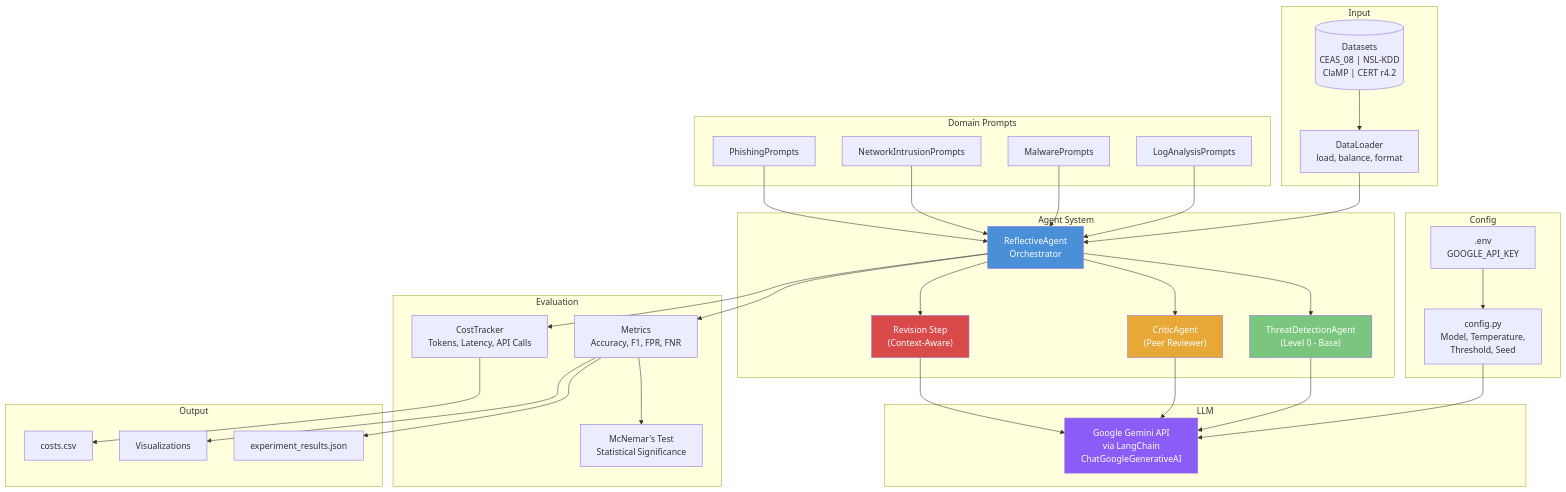
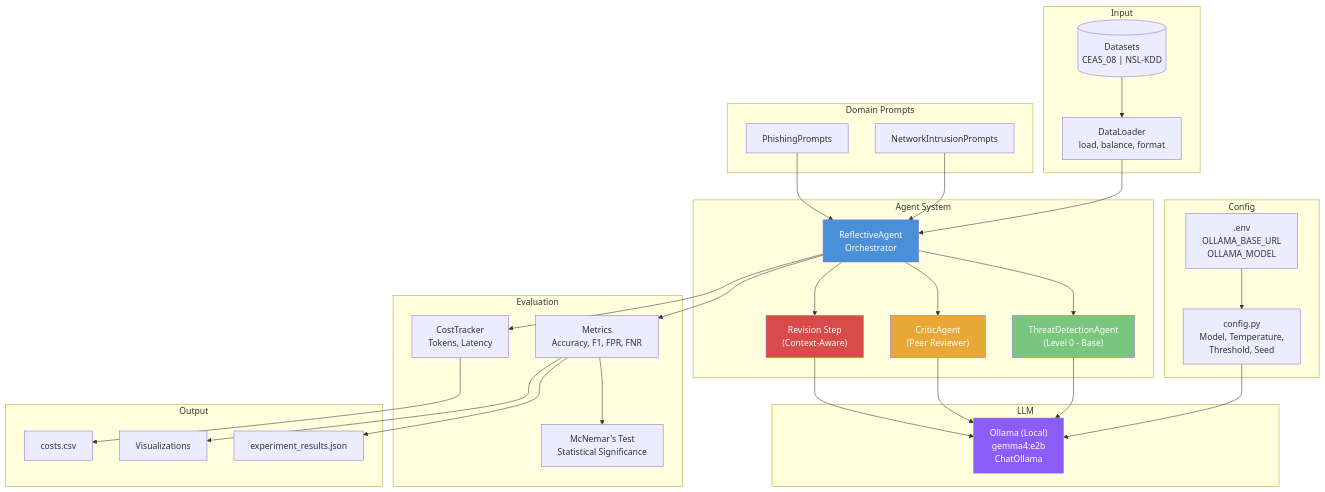
The first of 2 diagrams in README.md (letusnotc/LLM-Self-Reflection---Security-Threats-Experiment), drawn with Mermaid before and after one commit. The commit also changed other lines of this file and 11 other files, not shown here.

Commit message:
Switch project to local Ollama with gemma4:e2b and update README

````diff
--- a/README.md
+++ b/README.md
@@ -131,73 +137,69 @@
 ```mermaid
 graph TB
     subgraph Input
-        DS[("Datasets<br/>CEAS_08 | NSL-KDD<br/>ClaMP | CERT r4.2")]
+        DS[("Datasets<br/>CEAS_08 | NSL-KDD")]
         DL["DataLoader<br/>load, balance, format"]
     end
 
     subgraph Config
         CFG["config.py<br/>Model, Temperature,<br/>Threshold, Seed"]
-        ENV[".env<br/>GOOGLE_API_KEY"]
+        ENV[".env<br/>OLLAMA_BASE_URL<br/>OLLAMA_MODEL"]
     end
 
     subgraph Domain Prompts
         PP["PhishingPrompts"]
         NP["NetworkIntrusionPrompts"]
-        MP["MalwarePrompts"]
-        LP["LogAnalysisPrompts"]
     end
 
     subgraph Agent System
         RA["ReflectiveAgent<br/>Orchestrator"]
         DA["ThreatDetectionAgent<br/>(Level 0 - Base)"]
         CA["CriticAgent<br/>(Peer Reviewer)"]
         REV["Revision Step<br/>(Context-Aware)"]
     end
 
     subgraph LLM
-        GEMINI["Google Gemini API<br/>via LangChain<br/>ChatGoogleGenerativeAI"]
+        OLLAMA["Ollama (Local)<br/>gemma4:e2b<br/>ChatOllama"]
     end
 
     subgraph Evaluation
         MET["Metrics<br/>Accuracy, F1, FPR, FNR"]
         STAT["McNemar's Test<br/>Statistical Significance"]
-        COST["CostTracker<br/>Tokens, Latency, API Calls"]
+        COST["CostTracker<br/>Tokens, Latency"]
     end
 
     subgraph Output
         JSON["experiment_results.json"]
         CSV["costs.csv"]
         VIZ["Visualizations"]
     end
 
     DS --> DL
     ENV --> CFG
-    CFG --> GEMINI
+    CFG --> OLLAMA
     DL --> RA
 
     PP --> RA
     NP --> RA
-    MP --> RA
-    LP --> RA
 
     RA --> DA
     RA --> CA
     RA --> REV
 
-    DA --> GEMINI
-    CA --> GEMINI
-    REV --> GEMINI
+    DA --> OLLAMA
+    CA --> OLLAMA
+    REV --> OLLAMA
 
     RA --> MET
     RA --> COST
     MET --> STAT
     MET --> JSON
     COST --> CSV
     MET --> VIZ
 
     style RA fill:#4A90D9,color:#fff
     style DA fill:#7BC67E,color:#fff
     style CA fill:#E8A838,color:#fff
     style REV fill:#D94A4A,color:#fff
-    style GEMINI fill:#8B5CF6,color:#fff
+    style OLLAMA fill:#8B5CF6,color:#fff
 ```
````
